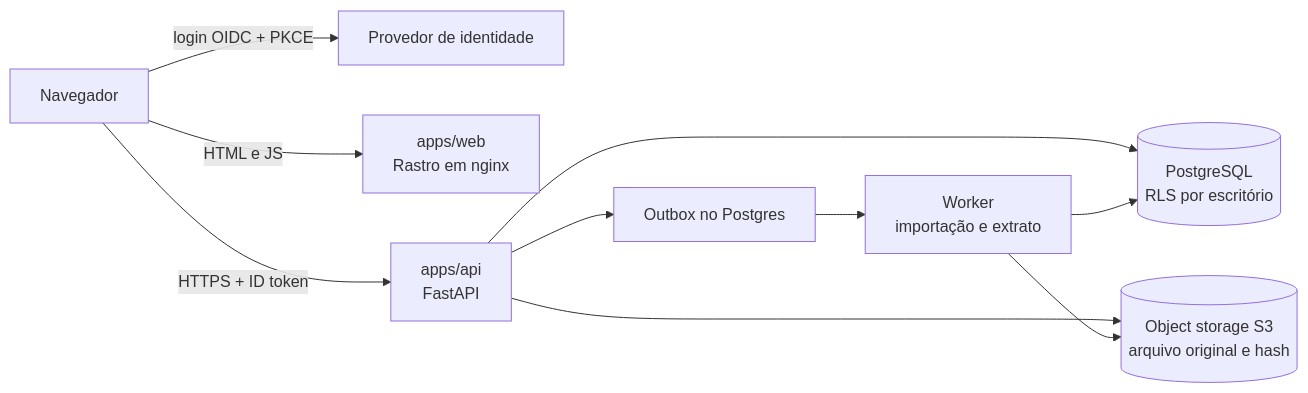
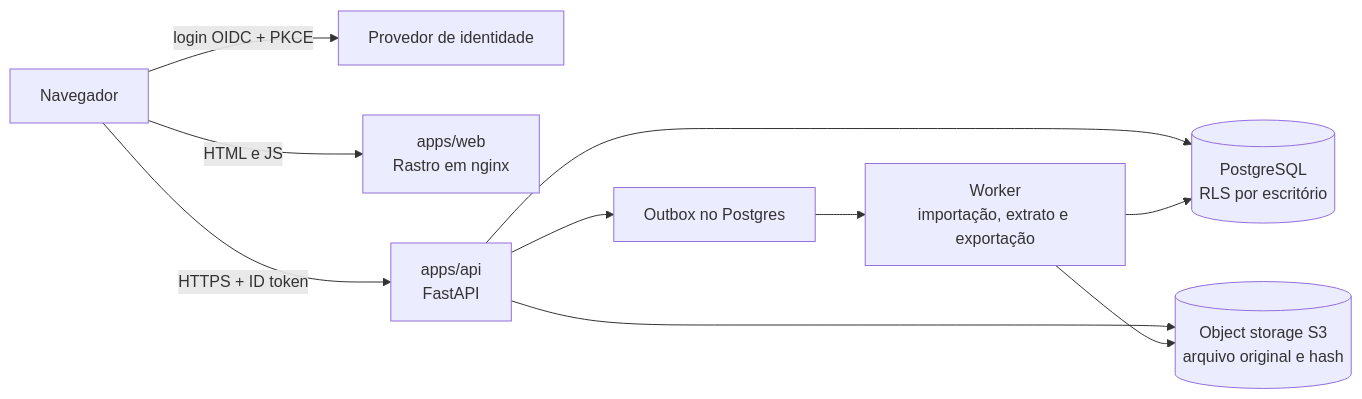
Before and after one commit to diegothuran/contabilidade_brasil: the first of 3 diagrams in README.md, drawn with Mermaid. The commit also changed other lines of this file and 15 other files, not shown here.

````diff
--- a/README.md
+++ b/README.md
@@ -77,12 +77,12 @@
 ```mermaid
 flowchart LR
     browser[Navegador] -->|"login OIDC + PKCE"| idp[Provedor de identidade]
     browser -->|"HTML e JS"| web["apps/web<br/>Rastro em nginx"]
     browser -->|"HTTPS + ID token"| api["apps/api<br/>FastAPI"]
     api --> db[("PostgreSQL<br/>RLS por escritório")]
     api --> s3[("Object storage S3<br/>arquivo original e hash")]
     api --> outbox["Outbox no Postgres"]
-    outbox --> worker["Worker<br/>importação e extrato"]
+    outbox --> worker["Worker<br/>importação, extrato e exportação"]
     worker --> db
     worker --> s3
 ```
````
